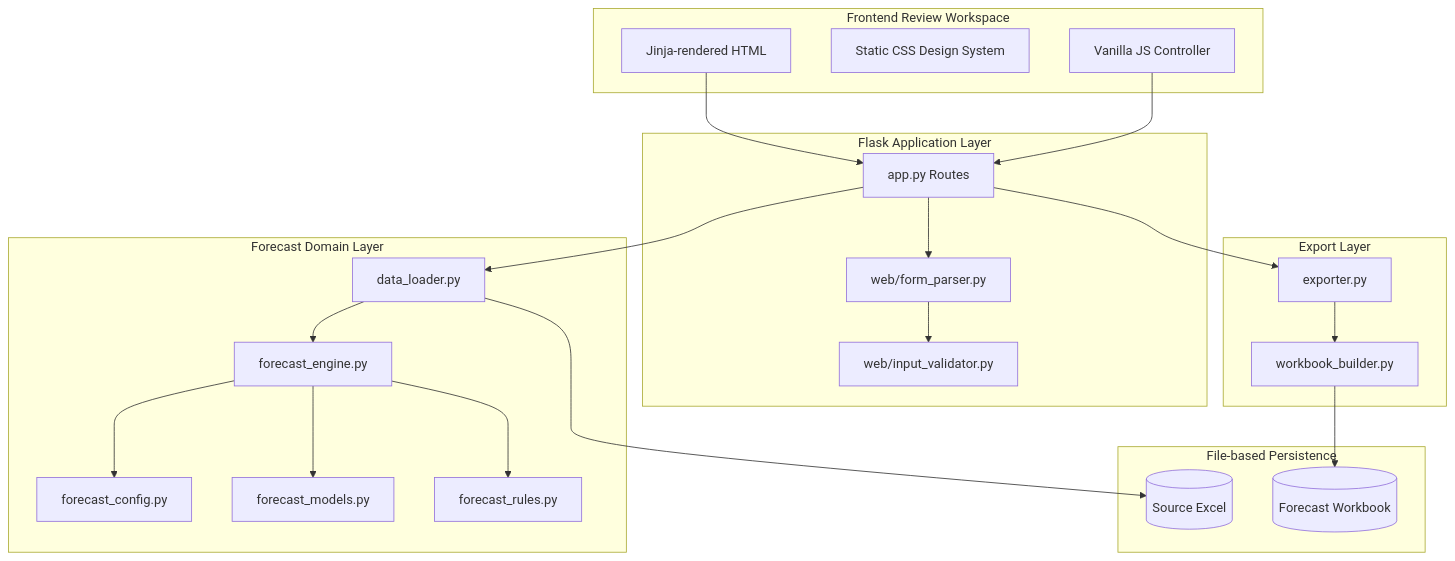
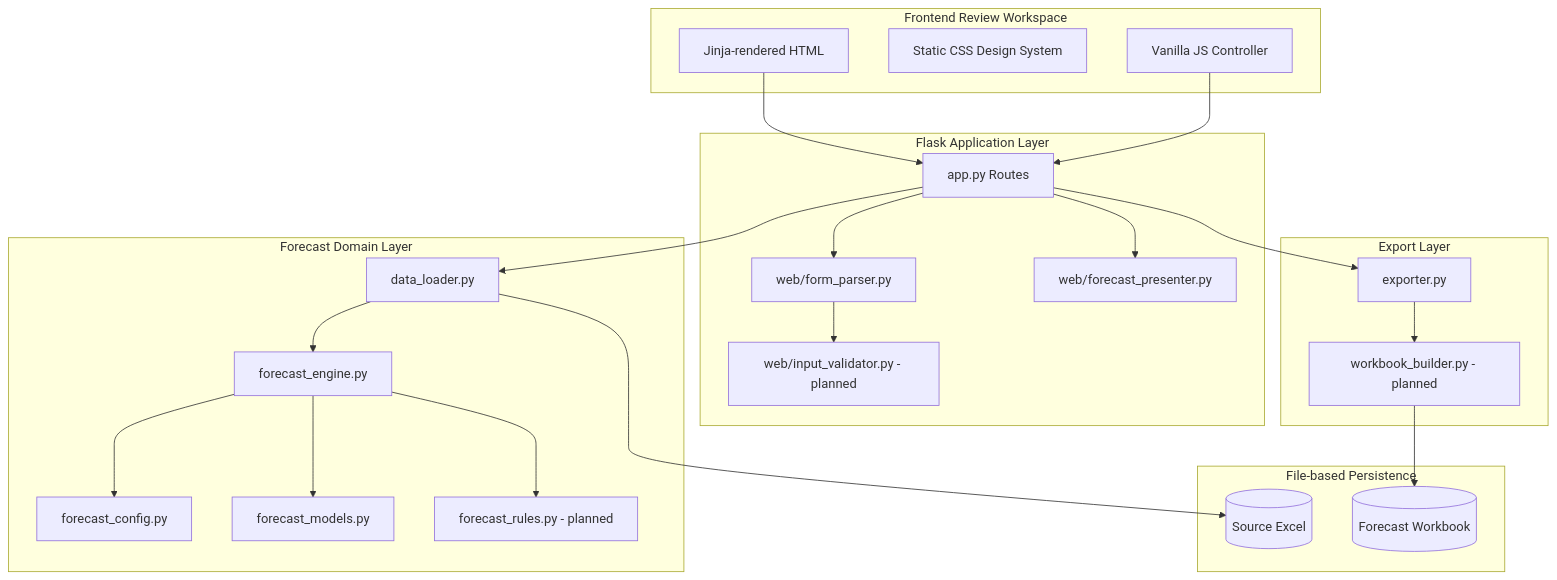
One commit to skydreamer0/MOR changed the second of 3 diagrams in infrastructure/project_architecture_and_implementation_plan.md. Above: the diagram before and after it, drawn with Mermaid. The commit also changed other lines of this file and 3 other files, not shown here.

Commit message:
docs: add project infrastructure, architecture plans, and Codex workflow documentation

````diff
--- a/infrastructure/project_architecture_and_implementation_plan.md
+++ b/infrastructure/project_architecture_and_implementation_plan.md
@@ -131,46 +138,48 @@
 ```mermaid
 flowchart TD
     subgraph Client [Frontend Review Workspace]
         UI[Jinja-rendered HTML]
         CSS[Static CSS Design System]
         JS[Vanilla JS Controller]
     end
 
     subgraph Web [Flask Application Layer]
         Routes[app.py Routes]
         Parser[web/form_parser.py]
-        Validator[web/input_validator.py]
+        Presenter[web/forecast_presenter.py]
+        Validator[web/input_validator.py - planned]
     end
 
     subgraph Domain [Forecast Domain Layer]
         Config[forecast_config.py]
         Loader[data_loader.py]
         Engine[forecast_engine.py]
         Models[forecast_models.py]
-        Rules[forecast_rules.py]
+        Rules[forecast_rules.py - planned]
     end
 
     subgraph Output [Export Layer]
         Exporter[exporter.py]
-        WorkbookBuilder[workbook_builder.py]
+        WorkbookBuilder[workbook_builder.py - planned]
     end
 
     subgraph Data [File-based Persistence]
         SourceExcel[(Source Excel)]
         ExportExcel[(Forecast Workbook)]
     end
 
     UI --> Routes
     JS --> Routes
     Routes --> Parser
+    Routes --> Presenter
     Parser --> Validator
     Routes --> Loader
     Loader --> SourceExcel
     Loader --> Engine
     Engine --> Config
     Engine --> Rules
     Engine --> Models
     Routes --> Exporter
     Exporter --> WorkbookBuilder
     WorkbookBuilder --> ExportExcel
 ```
````
